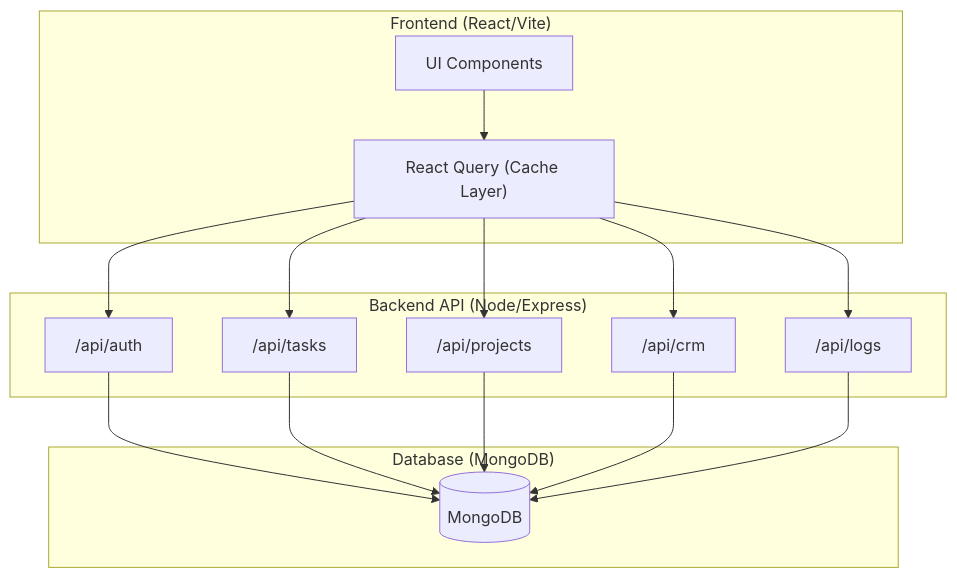
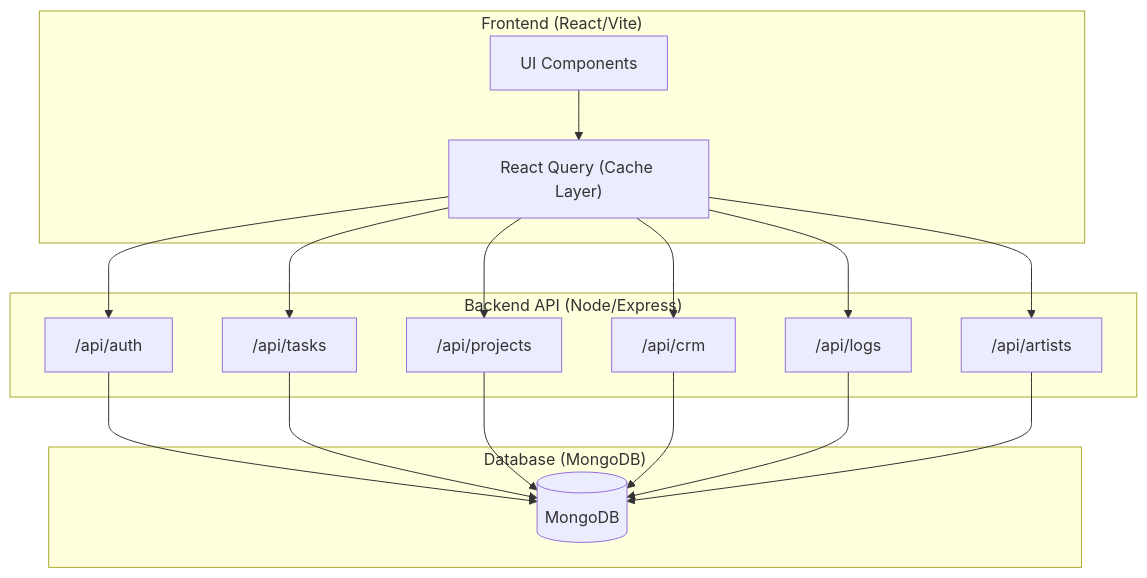
Before and after one commit to RaghavSobti37/Taskmaster: the diagram in README.md, drawn with Mermaid. The commit also changed other lines of this file and 19 other files, not shown here.

````diff
--- a/README.md
+++ b/README.md
@@ -46,18 +47,19 @@
 ```mermaid
 graph TD
     subgraph Frontend ["Frontend (React/Vite)"]
         UI[UI Components] --> RQ["React Query (Cache Layer)"]
     end
 
     subgraph API ["Backend API (Node/Express)"]
         RQ --> A_API["/api/auth"]
         RQ --> T_API["/api/tasks"]
         RQ --> P_API["/api/projects"]
         RQ --> C_API["/api/crm"]
         RQ --> L_API["/api/logs"]
+        RQ --> ART_API["/api/artists"]
     end
 
     subgraph Storage ["Database (MongoDB)"]
-        A_API & T_API & P_API & C_API & L_API --> DB[(MongoDB)]
+        A_API & T_API & P_API & C_API & L_API & ART_API --> DB[(MongoDB)]
     end
 ```
````
